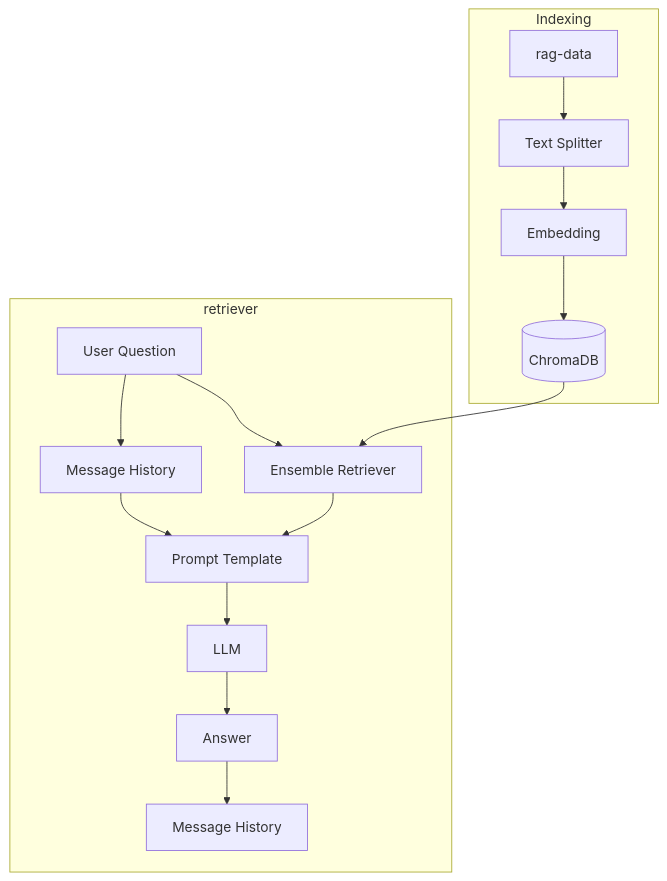
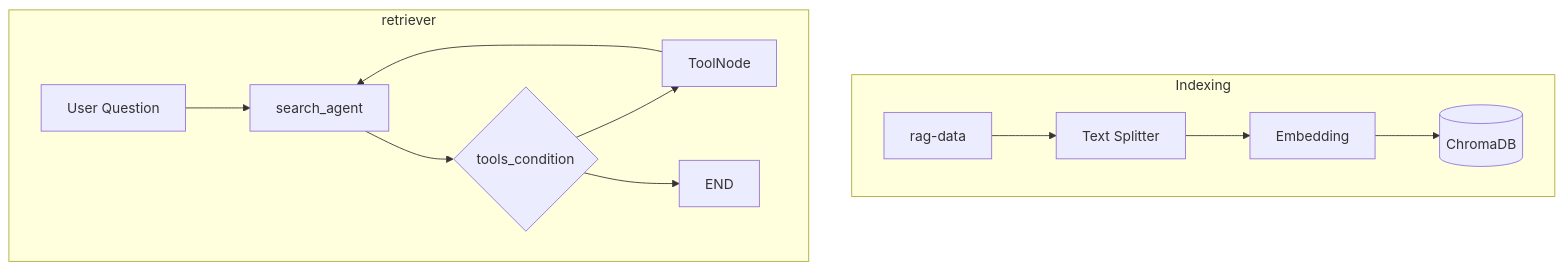
Before and after one commit to 100-hours-a-week/KTB4-Vicki-AI: the diagram in chatbot/README.md, drawn with Mermaid. The commit also changed other lines of this file, not shown here.

````diff
--- a/chatbot/README.md
+++ b/chatbot/README.md
@@ -62,20 +59,17 @@
 ```mermaid
 flowchart TD
-    subgraph Indexing
+    subgraph Indexing 
         A[rag-data] --> B[Text Splitter]
         B --> C[Embedding]
         C --> D[(ChromaDB)]
     end
 
     subgraph retriever
         E[User Question]
-        E --> F[Ensemble Retriever]
-        D --> F
-        F --> H
-        E --> G[Message History]
-        G --> H[Prompt Template]
-        H --> I[LLM]
-        I --> J[Answer]
-        J --> K[Message History]
+        E --> F[search_agent]
+        F --> I{tools_condition}
+        I --> G[ToolNode]
+        G --> F
+        I --> H[END]
     end
 ```
````
